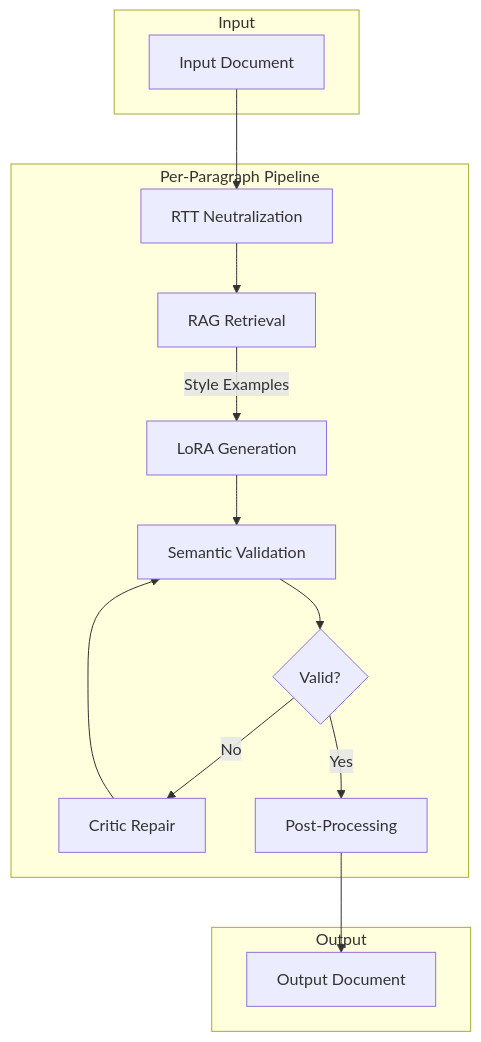
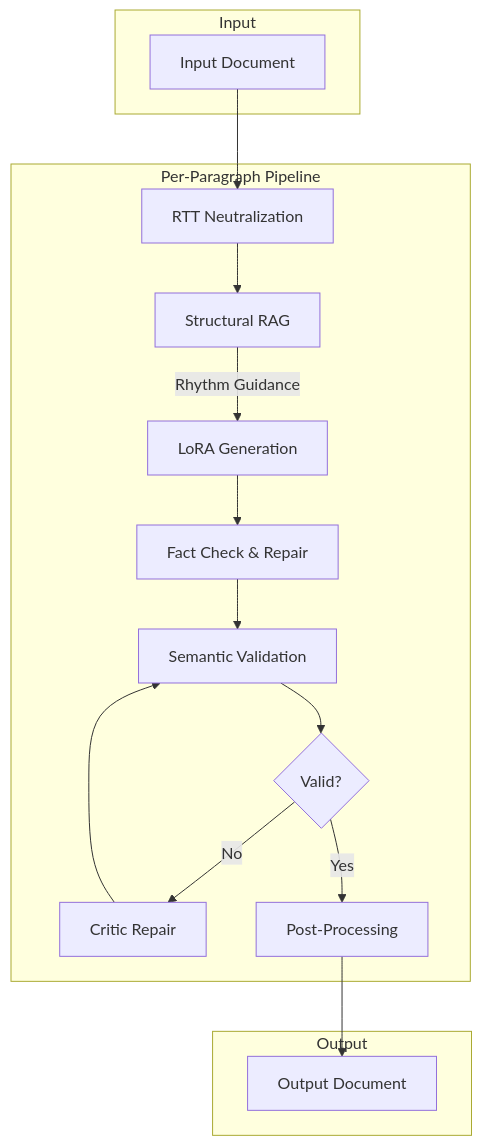
Before and after one commit to yogthos/revenant: the third of 6 diagrams in README.md, drawn with Mermaid. The commit also changed other lines of this file and 11 other files, not shown here.

````diff
--- a/README.md
+++ b/README.md
@@ -291,30 +299,32 @@
 ```mermaid
 flowchart TD
     subgraph Input
         A[Input Document]
     end
 
     subgraph "Per-Paragraph Pipeline"
         B[RTT Neutralization]
-        C[RAG Retrieval]
+        C[Structural RAG]
         D[LoRA Generation]
+        D2[Fact Check & Repair]
         E[Semantic Validation]
         F{Valid?}
         G[Critic Repair]
         H[Post-Processing]
     end
 
     subgraph Output
         I[Output Document]
     end
 
     A --> B
     B --> C
-    C -->|Style Examples| D
-    D --> E
+    C -->|Rhythm Guidance| D
+    D --> D2
+    D2 --> E
     E --> F
     F -->|No| G
     G --> E
     F -->|Yes| H
     H --> I
 ```
````
